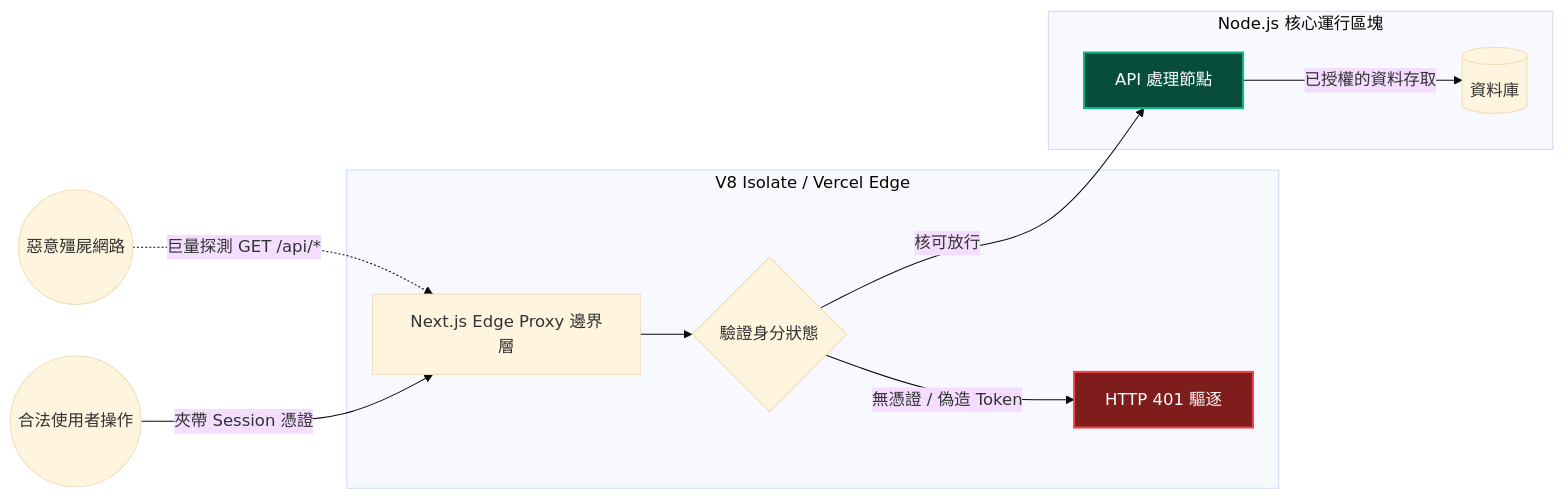
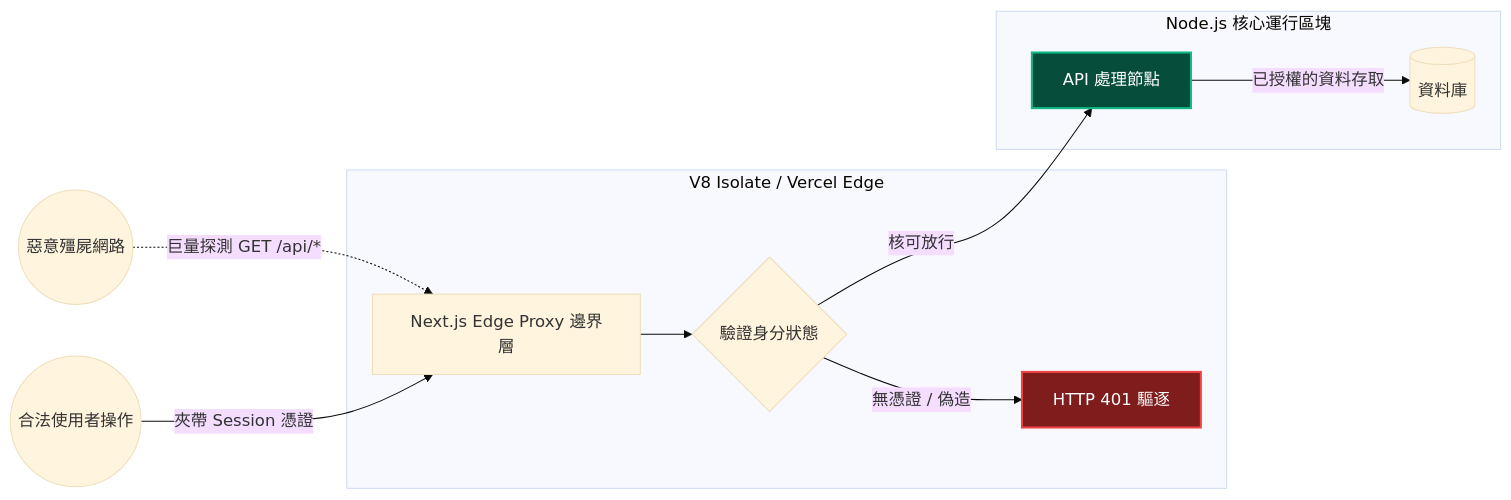
One commit to Cyber-Sec-Space/openticket changed the seventh of 7 diagrams in docs/ARCHITECTURE.zh-TW.md. Above: the diagram before and after it, drawn with Mermaid (base theme). The commit also changed other lines of this file and 1 other file, not shown here.

Commit message:
docs: Sync architecture documentation with v1.0.0-rc.1 source code

````diff
--- a/docs/ARCHITECTURE.zh-TW.md
+++ b/docs/ARCHITECTURE.zh-TW.md
@@ -218,18 +215,18 @@
 ```mermaid
 graph LR
     Attacker((惡意殭屍網路)) -.->|巨量探測 GET /api/*| Edge[Next.js Edge Proxy 邊界層]
     Legitimate((合法使用者操作)) -->|夾帶 Session 憑證| Edge
     
     subgraph Edge_Boundary [V8 Isolate / Vercel Edge]
         Edge --> Bouncer{驗證身分狀態}
-        Bouncer -- "無憑證 / 偽造 Token" --> Reject[HTTP 401 驅逐]
+        Bouncer -- "無憑證 / 偽造" --> Reject[HTTP 401 驅逐]
     end
     
     subgraph Secure_Runtime [Node.js 核心運行區塊]
         Bouncer -- "核可放行" --> REST_API[API 處理節點]
         REST_API -->|已授權的資料存取| Postgres[(資料庫)]
     end
     
     style Reject fill:#7f1d1d,stroke:#ef4444,stroke-width:2px,color:#fff;
     style REST_API fill:#064e3b,stroke:#10b981,stroke-width:2px,color:#fff;
 ```
````
